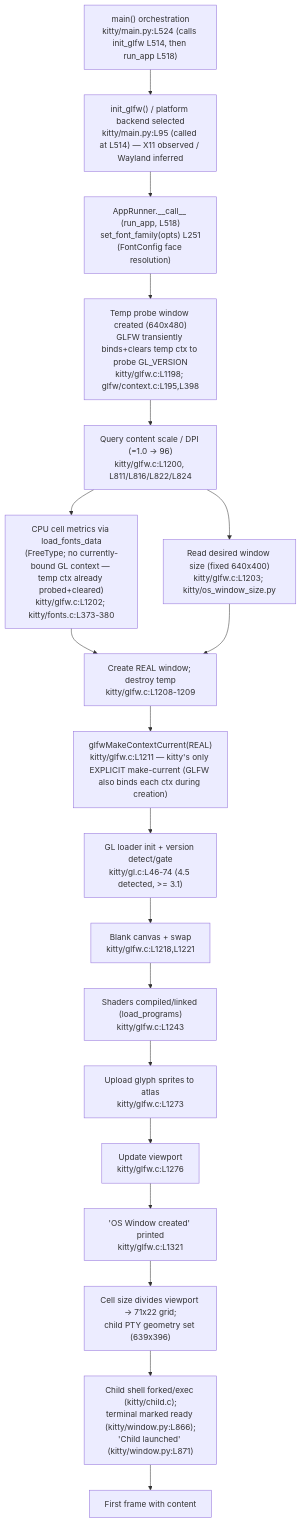
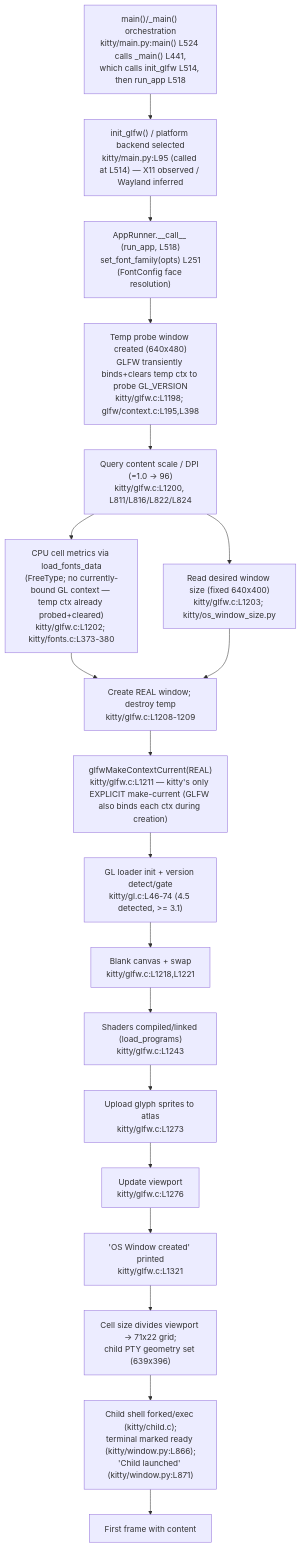
The diagram in blitzy/documentation/kitty_815df1e210e0.md (blitzy-research/kitty), drawn with Mermaid before and after one commit. The commit also changed other lines of this file, not shown here.

Commit message:
docs(kitty startup): correct main()/_main() attribution in §5.2 diagram and §5.3 flow
The §5.2 mermaid node and §5.3 component-connection chain attributed the
init_glfw (kitty/main.py:L514) and run_app (L518) calls directly to main()
(L524). Verified against source that main() at L524 only wraps _main() (L441)
in a try/except; _main() is the real orchestrator that makes those calls.
Corrected both places to name the _main() intermediary, matching the exactness
the rest of the document already applies (e.g. run_app vs _run_app). Docs-only
change; no source files touched.

````diff
--- a/blitzy/documentation/kitty_815df1e210e0.md
+++ b/blitzy/documentation/kitty_815df1e210e0.md
@@ -909,22 +909,22 @@
 ```mermaid
 graph TD
-    A["main() orchestration<br/>kitty/main.py:L524 (calls init_glfw L514, then run_app L518)"] --> B["init_glfw() / platform backend selected<br/>kitty/main.py:L95 (called at L514) — X11 observed / Wayland inferred"]
+    A["main()/_main() orchestration<br/>kitty/main.py:main() L524 calls _main() L441,<br/>which calls init_glfw L514, then run_app L518"] --> B["init_glfw() / platform backend selected<br/>kitty/main.py:L95 (called at L514) — X11 observed / Wayland inferred"]
     B --> RUN["AppRunner.__call__ (run_app, L518)<br/>set_font_family(opts) L251<br/>(FontConfig face resolution)"]
     RUN --> C["Temp probe window created (640x480)<br/>GLFW transiently binds+clears temp ctx to probe GL_VERSION<br/>kitty/glfw.c:L1198; glfw/context.c:L195,L398"]
     C --> D["Query content scale / DPI (=1.0 -> 96)<br/>kitty/glfw.c:L1200, L811/L816/L822/L824"]
     D --> E["CPU cell metrics via load_fonts_data<br/>(FreeType; no currently-bound GL context — temp ctx already probed+cleared)<br/>kitty/glfw.c:L1202; kitty/fonts.c:L373-380"]
     D --> F["Read desired window size (fixed 640x400)<br/>kitty/glfw.c:L1203; kitty/os_window_size.py"]
     E --> G["Create REAL window; destroy temp<br/>kitty/glfw.c:L1208-1209"]
     F --> G
     G --> H["glfwMakeContextCurrent(REAL)<br/>kitty/glfw.c:L1211 — kitty's only EXPLICIT make-current (GLFW also binds each ctx during creation)"]
     H --> I["GL loader init + version detect/gate<br/>kitty/gl.c:L46-74 (4.5 detected, >= 3.1)"]
     I --> J["Blank canvas + swap<br/>kitty/glfw.c:L1218,L1221"]
     J --> K["Shaders compiled/linked (load_programs)<br/>kitty/glfw.c:L1243"]
     K --> L["Upload glyph sprites to atlas<br/>kitty/glfw.c:L1273"]
     L --> M["Update viewport<br/>kitty/glfw.c:L1276"]
     M --> N["'OS Window created' printed<br/>kitty/glfw.c:L1321"]
     N --> O["Cell size divides viewport -> 71x22 grid;<br/>child PTY geometry set (639x396)"]
     O --> P["Child shell forked/exec (kitty/child.c);<br/>terminal marked ready (kitty/window.py:L866);<br/>'Child launched' (kitty/window.py:L871)"]
     P --> Q["First frame with content"]
 %% A window+DPI must exist before CPU cell metrics; GL context is needed only to UPLOAD/DRAW the glyphs, not to COMPUTE the cell size.
 ```
````
